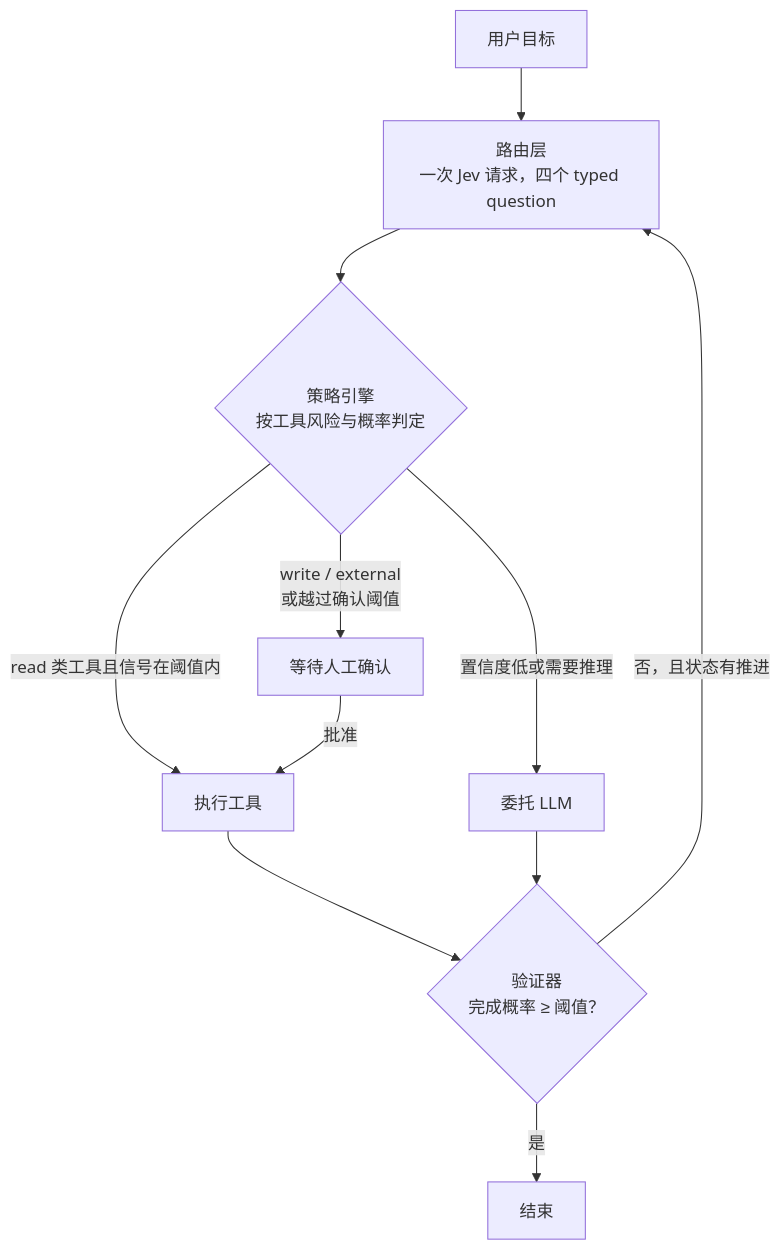
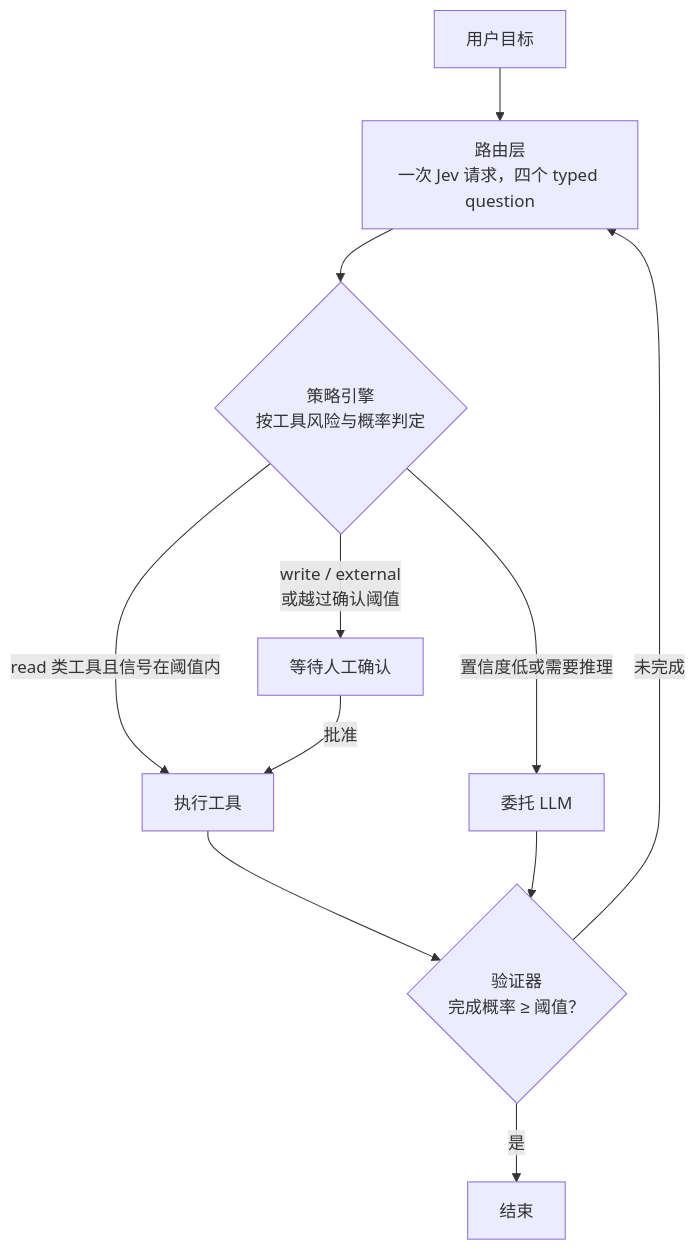
One commit to HangChi/JevRouter changed the diagram in README.md. Above: the diagram before and after it, drawn with Mermaid. The commit also changed other lines of this file, not shown here.

Commit message:
docs: 缩短架构图回边标签，把「状态未推进则失败」写进正文
「否，且状态有推进」这条标签与相邻的「置信度低或需要推理」并排，读起来
容易串行。标签改成「未完成」，判断细节挪到图下的正文——那里本来更该说
清楚为什么状态不变时要直接失败。

````diff
--- a/README.md
+++ b/README.md
@@ -24,13 +24,13 @@
 ```mermaid
 flowchart TD
     A["用户目标"] --> B["路由层<br/>一次 Jev 请求，四个 typed question"]
     B --> C{"策略引擎<br/>按工具风险与概率判定"}
     C -->|"read 类工具且信号在阈值内"| D["执行工具"]
     C -->|"write / external<br/>或越过确认阈值"| E["等待人工确认"]
     C -->|"置信度低或需要推理"| F["委托 LLM"]
     E -->|"批准"| D
     D --> G{"验证器<br/>完成概率 ≥ 阈值？"}
     F --> G
     G -->|"是"| H["结束"]
-    G -->|"否，且状态有推进"| B
+    G -->|"未完成"| B
 ```
````
